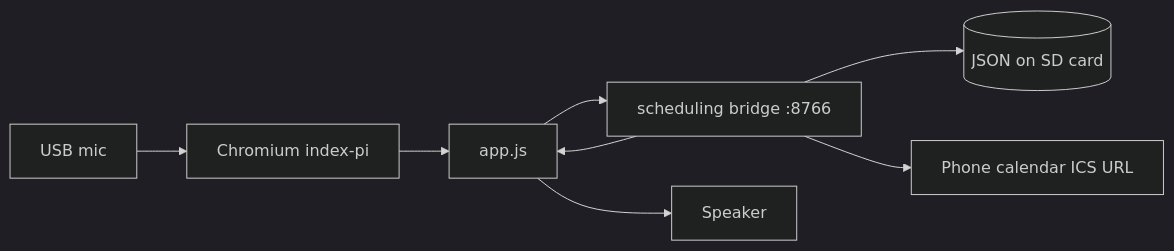
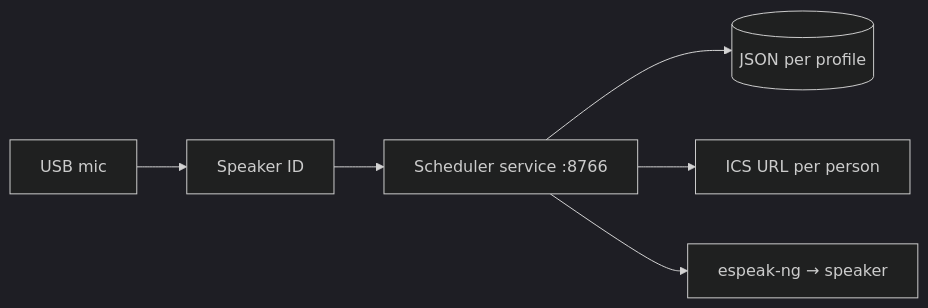
One commit to tobygbj-hash/snoopy changed the diagram in docs/SCHEDULING.md. Above: the diagram before and after it, drawn with Mermaid (dark theme). The commit also changed other lines of this file and 16 other files, not shown here.

First line of the commit message:
refactor(pi): per-profile scheduling without browser

````diff
--- a/docs/SCHEDULING.md
+++ b/docs/SCHEDULING.md
@@ -16,17 +8,15 @@
 ```mermaid
 flowchart LR
   Mic[USB mic]
-  Browser[Chromium index-pi]
-  App[app.js]
-  Bridge[scheduling bridge :8766]
-  Store[(JSON on SD card)]
-  ICS[Phone calendar ICS URL]
+  Enroll[Speaker ID]
+  Sched[Scheduler service :8766]
+  Store[(JSON per profile)]
+  ICS[ICS URL per person]
+  Speak[espeak-ng → speaker]
 
-  Mic --> Browser
-  Browser --> App
-  App --> Bridge
-  Bridge --> Store
-  Bridge --> ICS
-  Bridge --> App
-  App --> Speaker[Speaker]
+  Mic --> Enroll
+  Enroll --> Sched
+  Sched --> Store
+  Sched --> ICS
+  Sched --> Speak
 ```
````
